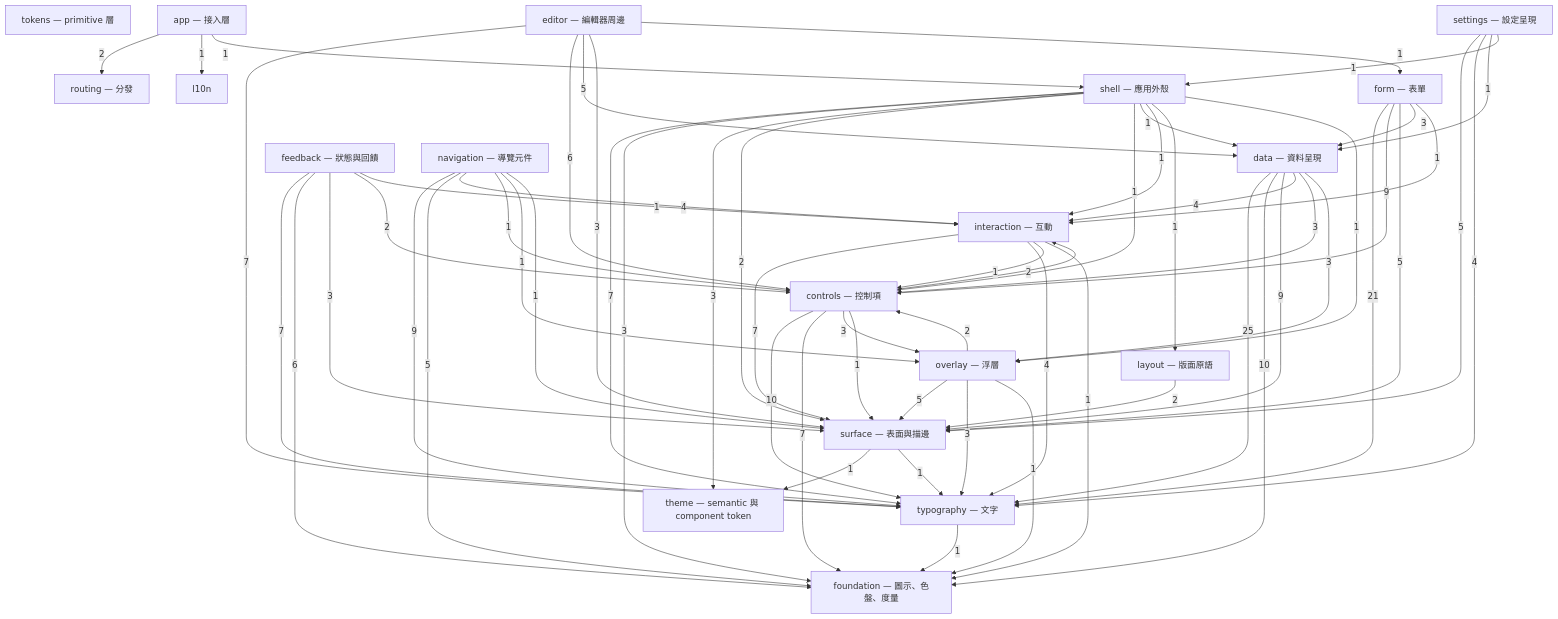
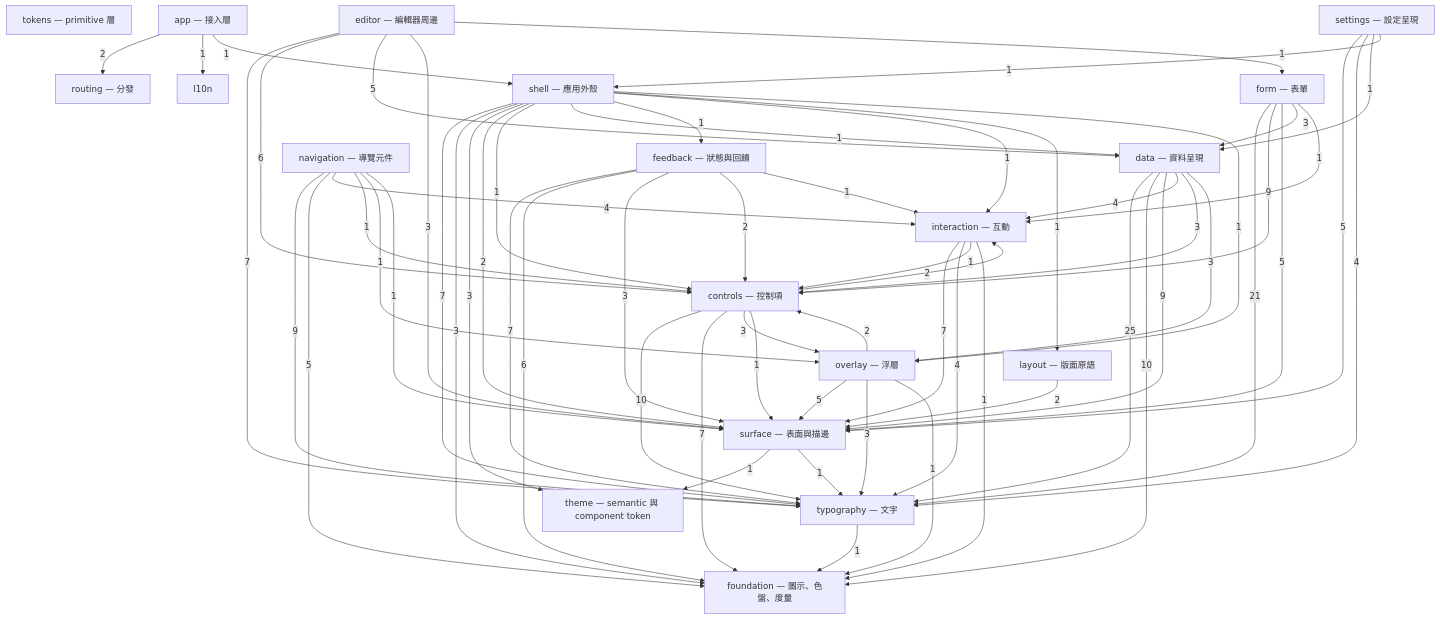
Before and after one commit to MiuDog/Kallopis: the first of 17 diagrams in spec/component-inventory.md, drawn with Mermaid. The commit also changed other lines of this file and 9 other files, not shown here.

````diff
--- a/spec/component-inventory.md
+++ b/spec/component-inventory.md
@@ -18,81 +18,82 @@
 ```mermaid
 graph TD
   tokens["tokens — primitive 層"]
   theme["theme — semantic 與 component token"]
   foundation["foundation — 圖示、色盤、度量"]
   typography["typography — 文字"]
   surface["surface — 表面與描邊"]
   interaction["interaction — 互動"]
   layout["layout — 版面原語"]
   overlay["overlay — 浮層"]
   controls["controls — 控制項"]
   data["data — 資料呈現"]
   form["form — 表單"]
   feedback["feedback — 狀態與回饋"]
   navigation["navigation — 導覽元件"]
   editor["editor — 編輯器周邊"]
   routing["routing — 分發"]
   shell["shell — 應用外殼"]
   settings["settings — 設定呈現"]
   app["app — 接入層"]
   data -->|25| typography
   form -->|21| typography
   controls -->|10| typography
   data -->|10| foundation
   data -->|9| surface
   form -->|9| controls
   navigation -->|9| typography
   controls -->|7| foundation
   editor -->|7| typography
   feedback -->|7| typography
   interaction -->|7| surface
   shell -->|7| typography
   editor -->|6| controls
   feedback -->|6| foundation
   editor -->|5| data
   form -->|5| surface
   navigation -->|5| foundation
   overlay -->|5| surface
   settings -->|5| surface
   data -->|4| interaction
   interaction -->|4| typography
   navigation -->|4| interaction
   settings -->|4| typography
   controls -->|3| overlay
   data -->|3| controls
   data -->|3| overlay
   editor -->|3| surface
   feedback -->|3| surface
   form -->|3| data
   overlay -->|3| typography
   shell -->|3| foundation
   shell -->|3| theme
   app -->|2| routing
   controls -->|2| interaction
   feedback -->|2| controls
   layout -->|2| surface
   overlay -->|2| controls
   shell -->|2| surface
   app -->|1| l10n
   app -->|1| shell
   controls -->|1| surface
   editor -->|1| form
   feedback -->|1| interaction
   form -->|1| interaction
   interaction -->|1| controls
   interaction -->|1| foundation
   navigation -->|1| controls
   navigation -->|1| overlay
   navigation -->|1| surface
   overlay -->|1| foundation
   settings -->|1| data
   settings -->|1| shell
   shell -->|1| controls
   shell -->|1| data
+  shell -->|1| feedback
   shell -->|1| interaction
   shell -->|1| layout
   shell -->|1| overlay
   surface -->|1| theme
   surface -->|1| typography
   typography -->|1| foundation
 ```
````
